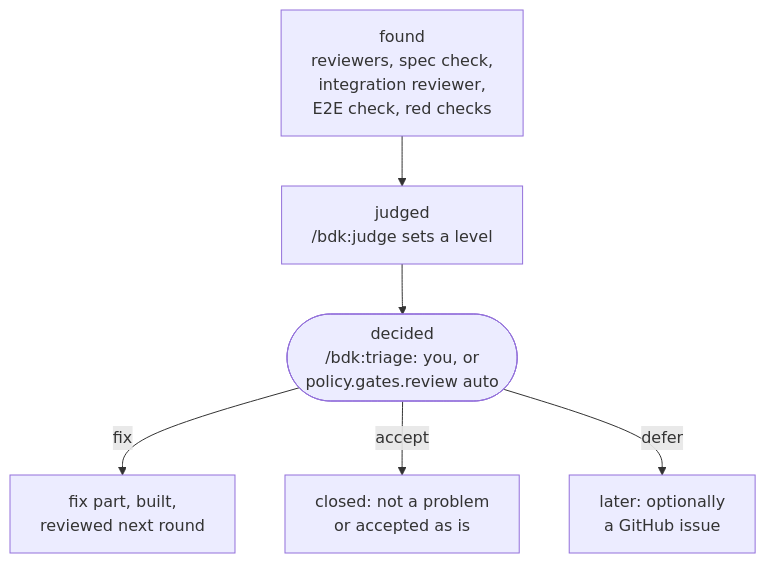
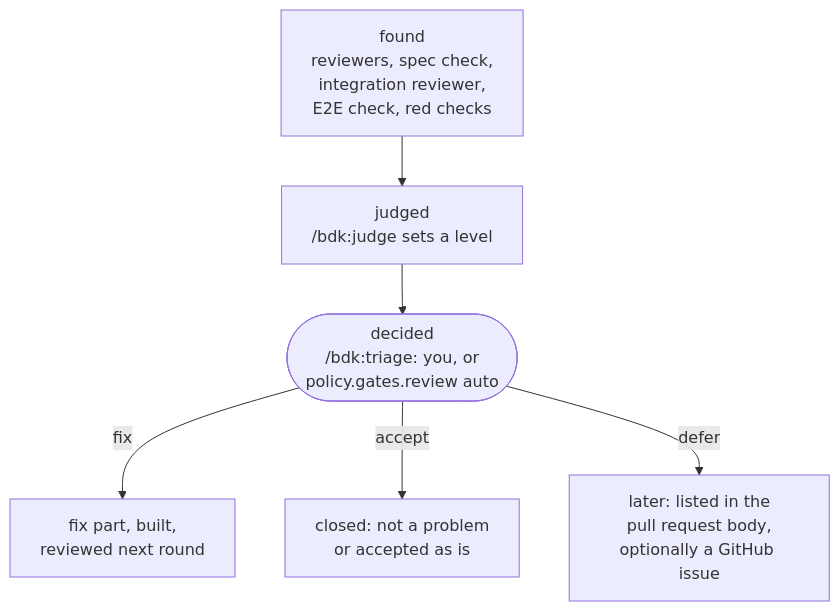
Before and after one commit to broneq/bdk: the diagram in docs/concepts/findings.md, drawn with Mermaid. The commit also changed other lines of this file and 18 other files, not shown here.

````diff
--- a/docs/concepts/findings.md
+++ b/docs/concepts/findings.md
@@ -5,8 +5,8 @@
 ```mermaid
 flowchart TB
   F["found<br/>reviewers, spec check,<br/>integration reviewer,<br/>E2E check, red checks"] --> J["judged<br/>/bdk:judge sets a level"]
   J --> D(["decided<br/>/bdk:triage: you, or<br/>policy.gates.review auto"])
   D -->|"fix"| X["fix part, built,<br/>reviewed next round"]
   D -->|"accept"| A["closed: not a problem<br/>or accepted as is"]
-  D -->|"defer"| L["later: optionally<br/>a GitHub issue"]
+  D -->|"defer"| L["later: listed in the<br/>pull request body,<br/>optionally a GitHub issue"]
 ```
````
